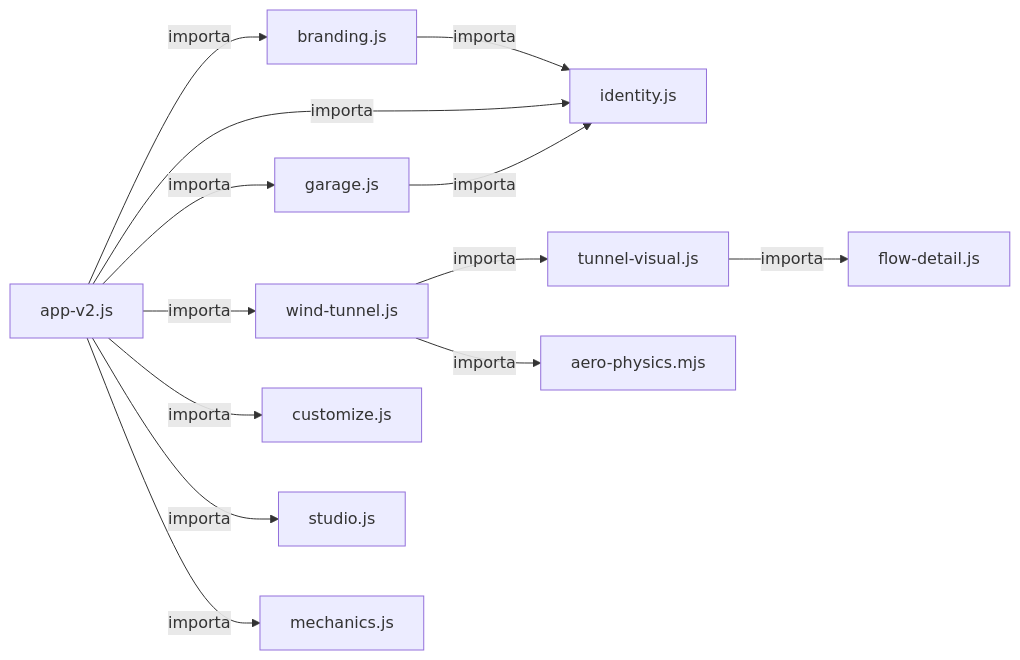
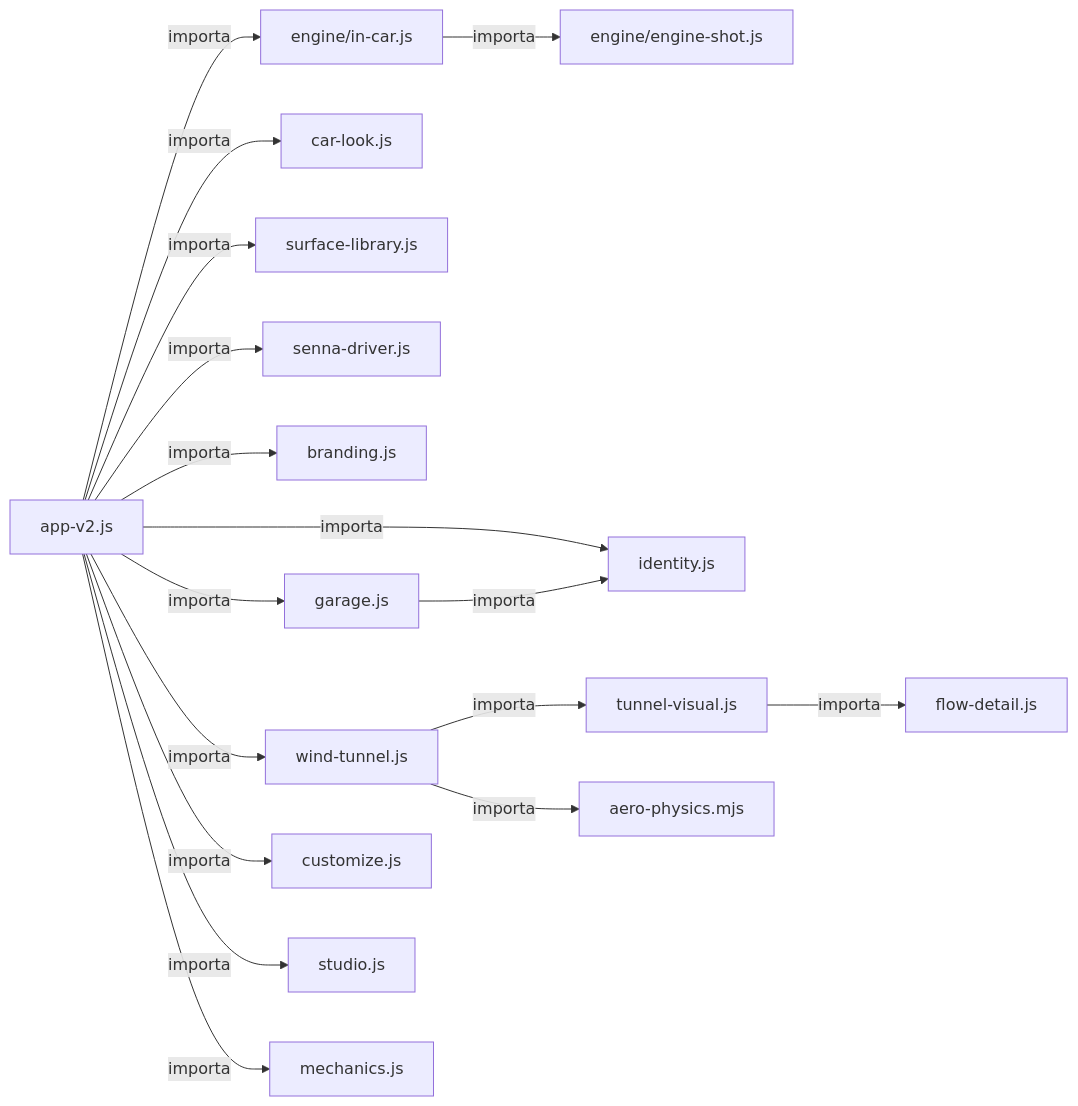
Before and after one commit to igormorais123/INTEIA-laboratorio-3d: the first of 3 diagrams in docs/mapas/GRAFOS.md, drawn with Mermaid. The commit also changed other lines of this file and 61 other files, not shown here.

````diff
--- a/docs/mapas/GRAFOS.md
+++ b/docs/mapas/GRAFOS.md
@@ -9,26 +9,35 @@
 ```mermaid
 flowchart LR
   n0["aero-physics.mjs"]
   n1["app-v2.js"]
   n2["branding.js"]
-  n3["customize.js"]
-  n4["flow-detail.js"]
-  n5["garage.js"]
-  n6["identity.js"]
-  n7["mechanics.js"]
-  n8["studio.js"]
-  n9["tunnel-visual.js"]
-  n10["wind-tunnel.js"]
+  n3["car-look.js"]
+  n4["customize.js"]
+  n5["engine/engine-shot.js"]
+  n6["engine/in-car.js"]
+  n7["flow-detail.js"]
+  n8["garage.js"]
+  n9["identity.js"]
+  n10["mechanics.js"]
+  n11["senna-driver.js"]
+  n12["studio.js"]
+  n13["surface-library.js"]
+  n14["tunnel-visual.js"]
+  n15["wind-tunnel.js"]
+  n1 -->|"importa"| n6
+  n1 -->|"importa"| n3
+  n1 -->|"importa"| n13
+  n1 -->|"importa"| n11
   n1 -->|"importa"| n2
-  n1 -->|"importa"| n6
-  n1 -->|"importa"| n5
+  n1 -->|"importa"| n9
+  n1 -->|"importa"| n8
+  n1 -->|"importa"| n15
+  n1 -->|"importa"| n4
+  n1 -->|"importa"| n12
   n1 -->|"importa"| n10
-  n1 -->|"importa"| n3
-  n1 -->|"importa"| n8
-  n1 -->|"importa"| n7
-  n2 -->|"importa"| n6
-  n5 -->|"importa"| n6
-  n9 -->|"importa"| n4
-  n10 -->|"importa"| n9
-  n10 -->|"importa"| n0
+  n6 -->|"importa"| n5
+  n8 -->|"importa"| n9
+  n14 -->|"importa"| n7
+  n15 -->|"importa"| n14
+  n15 -->|"importa"| n0
 ```
````
